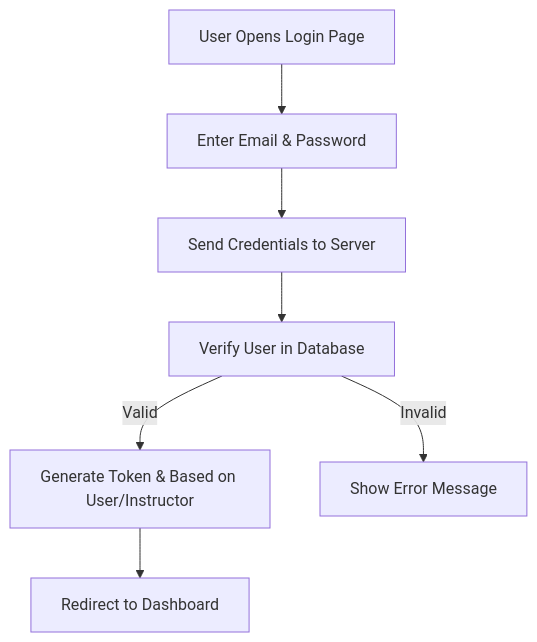
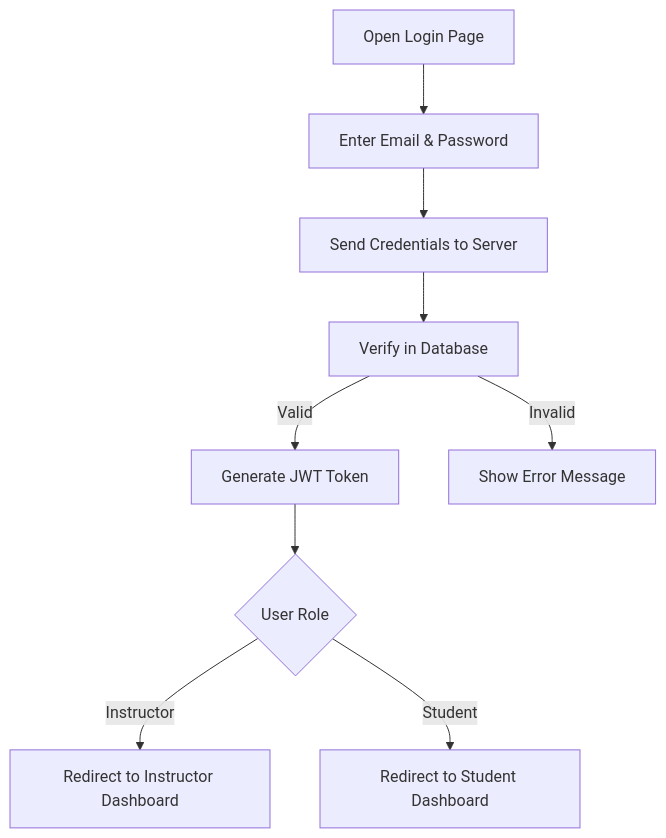
Before and after one commit to divyanshdj/learnx-docs: the first of 2 diagrams in docs/technical.md, drawn with Mermaid. The commit also changed other lines of this file and 4 other files, not shown here.

Commit message:
docs: update schema, functional docs, and technical docs

````diff
--- a/docs/technical.md
+++ b/docs/technical.md
@@ -8,9 +8,11 @@
 ```mermaid
 flowchart TD
-    A[User Opens Login Page] --> B[Enter Email & Password]
+    A[Open Login Page] --> B[Enter Email & Password]
     B --> C[Send Credentials to Server]
-    C --> D[Verify User in Database]
-    D -->|Valid| E[Generate Token & Based on User/Instructor]
+    C --> D[Verify in Database]
+    D -->|Valid| E[Generate JWT Token]
     D -->|Invalid| F[Show Error Message]
-    E --> G[Redirect to Dashboard]
+    E --> G{User Role}
+    G -->|Instructor| H[Redirect to Instructor Dashboard]
+    G -->|Student| I[Redirect to Student Dashboard]
 ```
````
